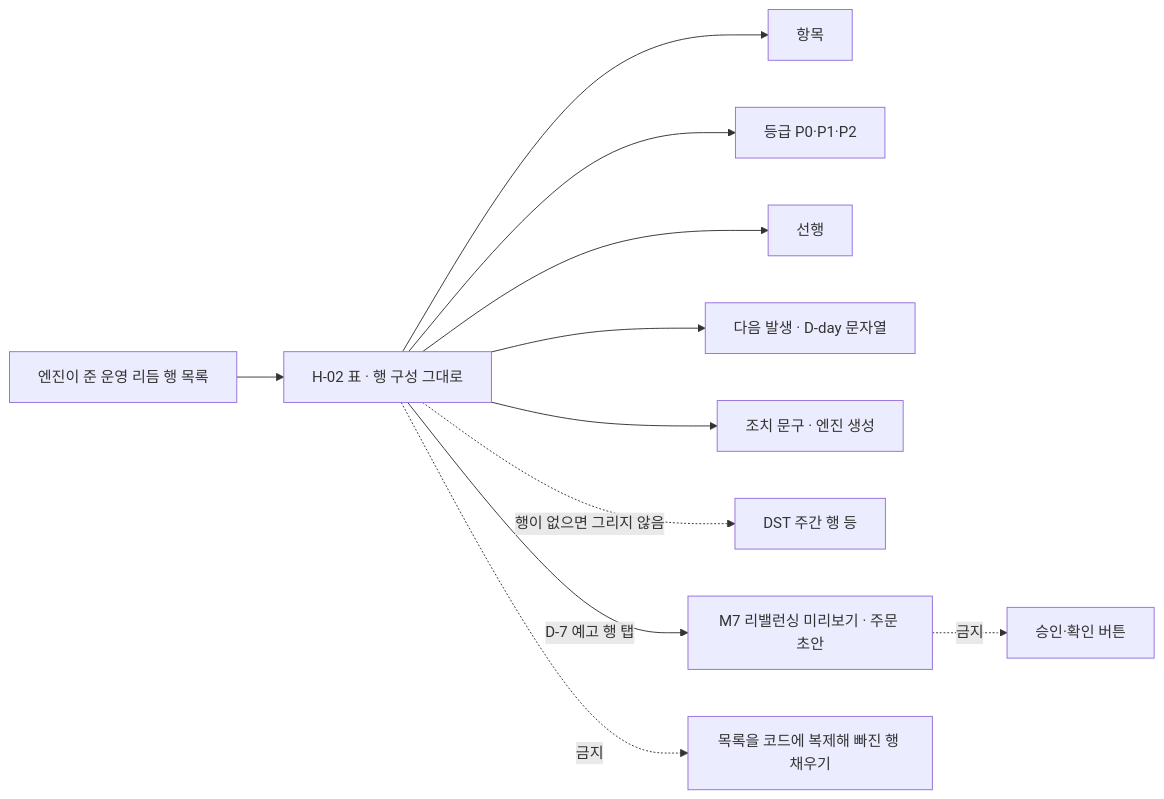
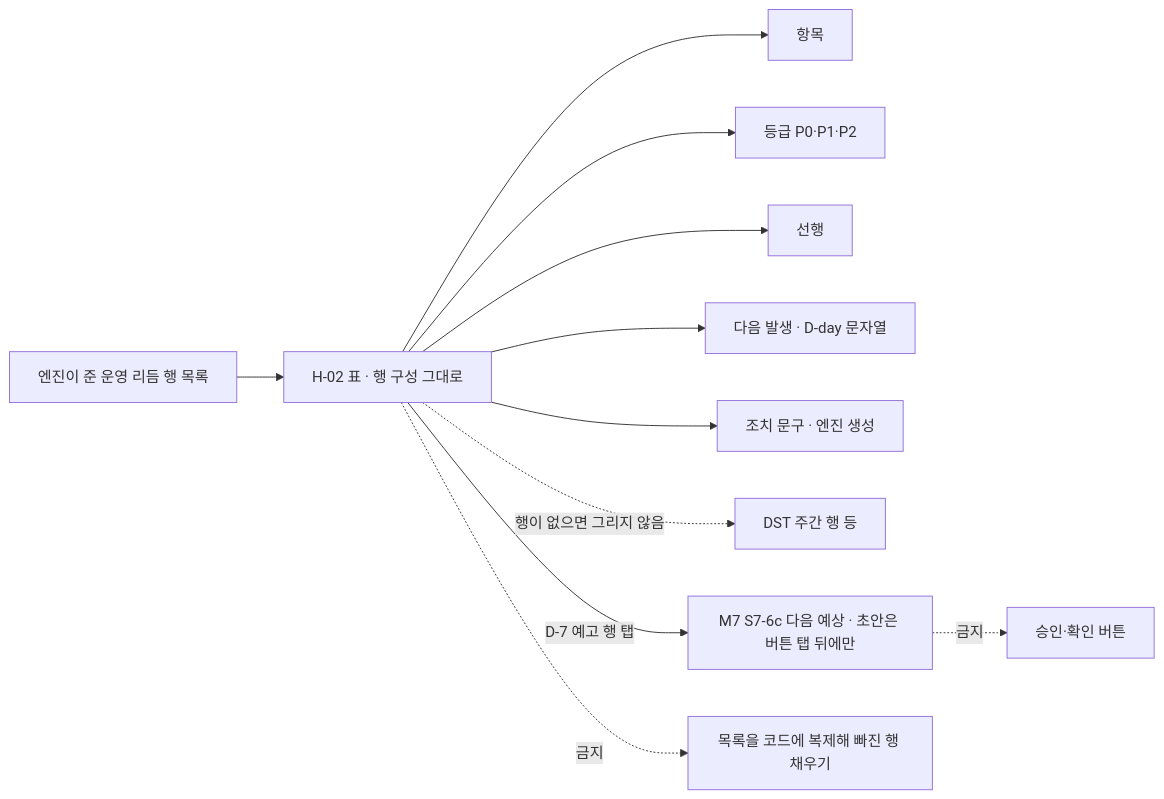
Diagram 11 of 27 in docs/ai-context/04_화면명세_M8_셸_운영홈_알림_온보딩.md (billybeom/AutoAlphaQuant), drawn with Mermaid before and after one commit. The commit also changed other lines of this file and 10 other files, not shown here.

````diff
--- a/docs/ai-context/04_화면명세_M8_셸_운영홈_알림_온보딩.md
+++ b/docs/ai-context/04_화면명세_M8_셸_운영홈_알림_온보딩.md
@@ -565,13 +588,13 @@
 ```mermaid
 flowchart LR
   ENG["엔진이 준 운영 리듬 행 목록"] --> TBL["H-02 표 · 행 구성 그대로"]
   TBL --> C1["항목"]
   TBL --> C2["등급 P0·P1·P2"]
   TBL --> C3["선행"]
   TBL --> C4["다음 발생 · D-day 문자열"]
   TBL --> C5["조치 문구 · 엔진 생성"]
   TBL -.->|"행이 없으면 그리지 않음"| DST["DST 주간 행 등"]
-  TBL -->|"D-7 예고 행 탭"| M7["M7 리밸런싱 미리보기 · 주문 초안"]
+  TBL -->|"D-7 예고 행 탭"| M7["M7 S7-6c 다음 예상 · 초안은 버튼 탭 뒤에만"]
   M7 -.->|"금지"| APV["승인·확인 버튼"]
   TBL -.->|"금지"| DUP["목록을 코드에 복제해 빠진 행 채우기"]
 ```
````
